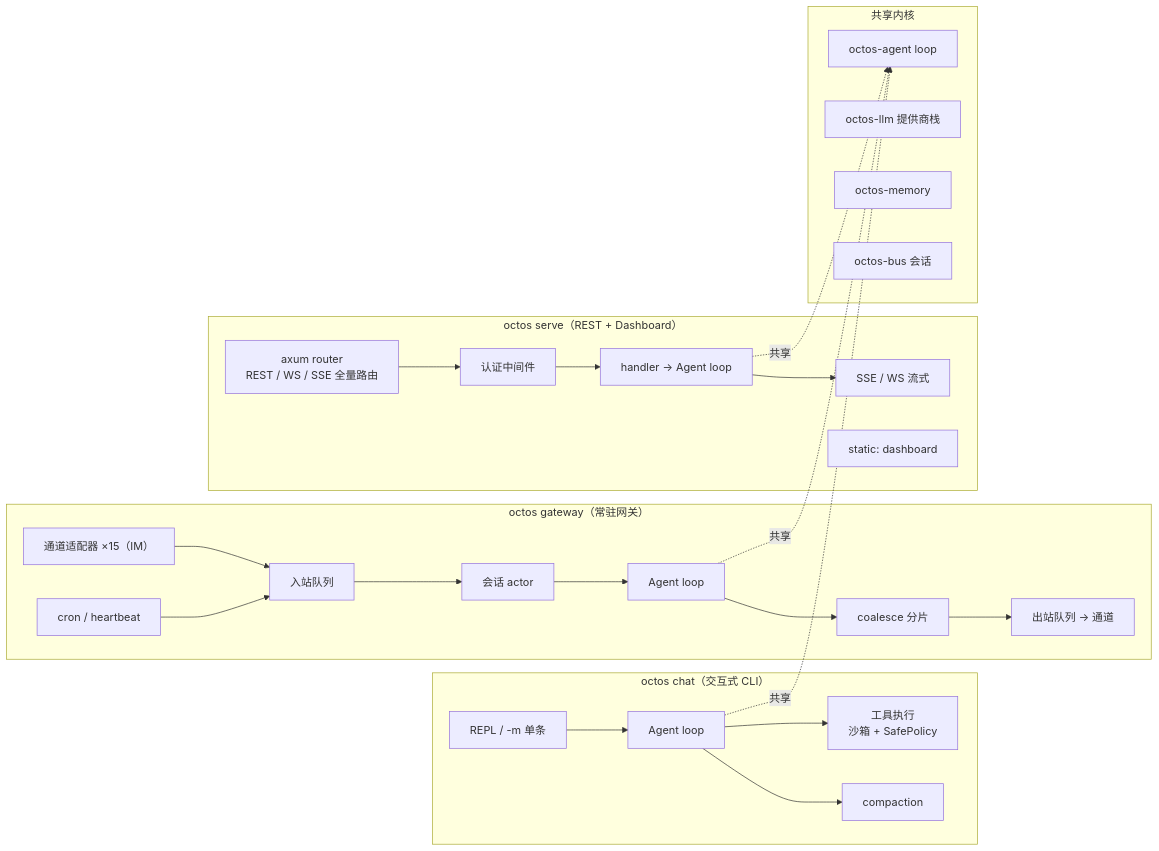
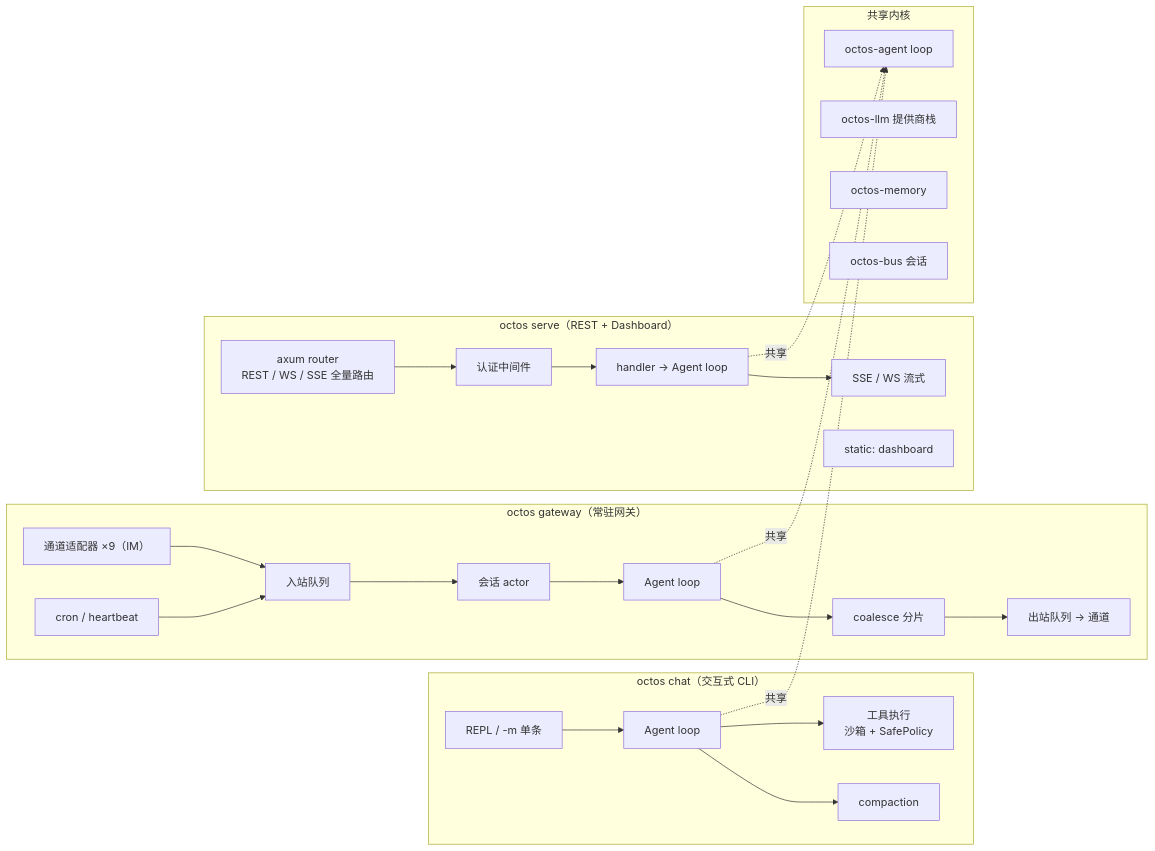
The third of 15 diagrams in logos/resources/prd/3-technical-plan/1-architecture/core-01-architecture-overview.md (dorname/octos), drawn with Mermaid before and after one commit. The commit also changed other lines of this file and 14 other files, not shown here.

````diff
--- a/logos/resources/prd/3-technical-plan/1-architecture/core-01-architecture-overview.md
+++ b/logos/resources/prd/3-technical-plan/1-architecture/core-01-architecture-overview.md
@@ -129,31 +127,31 @@
 ```mermaid
 graph LR
     subgraph "octos chat（交互式 CLI）"
         C1["REPL / -m 单条"] --> C2["Agent loop"]
         C2 --> C3["工具执行<br/>沙箱 + SafePolicy"]
         C2 --> C4["compaction"]
     end
     subgraph "octos gateway（常驻网关）"
-        G1["通道适配器 ×15（IM）"] --> G2["入站队列"]
+        G1["通道适配器 ×9（IM）"] --> G2["入站队列"]
         G2 --> G3["会话 actor"]
         G3 --> G4["Agent loop"]
         G4 --> G5["coalesce 分片"]
         G5 --> G6["出站队列 → 通道"]
         G7["cron / heartbeat"] --> G2
     end
     subgraph "octos serve（REST + Dashboard）"
         S1["axum router<br/>REST / WS / SSE 全量路由"] --> S2["认证中间件"]
         S2 --> S3["handler → Agent loop"]
         S3 --> S4["SSE / WS 流式"]
         S5["static: dashboard"]
     end
     subgraph "共享内核"
         K1["octos-agent loop"]
         K2["octos-llm 提供商栈"]
         K3["octos-memory"]
         K4["octos-bus 会话"]
     end
     C2 -.共享.-> K1
     G4 -.共享.-> K1
     S3 -.共享.-> K1
 ```
````
